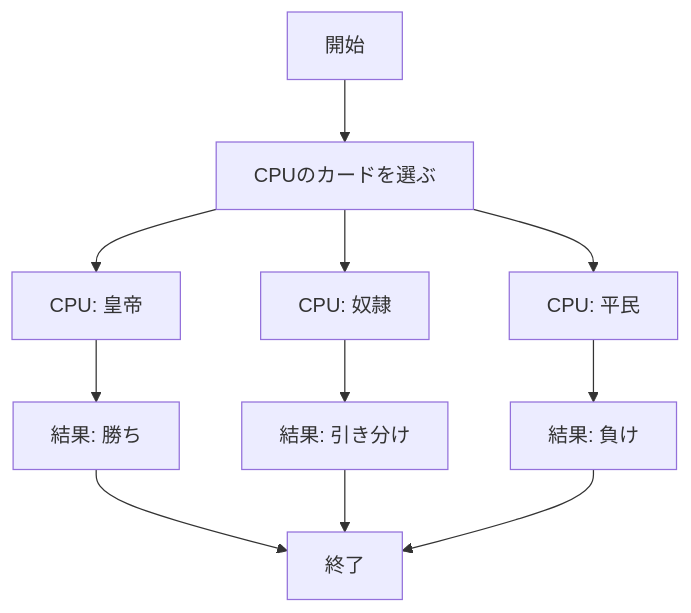
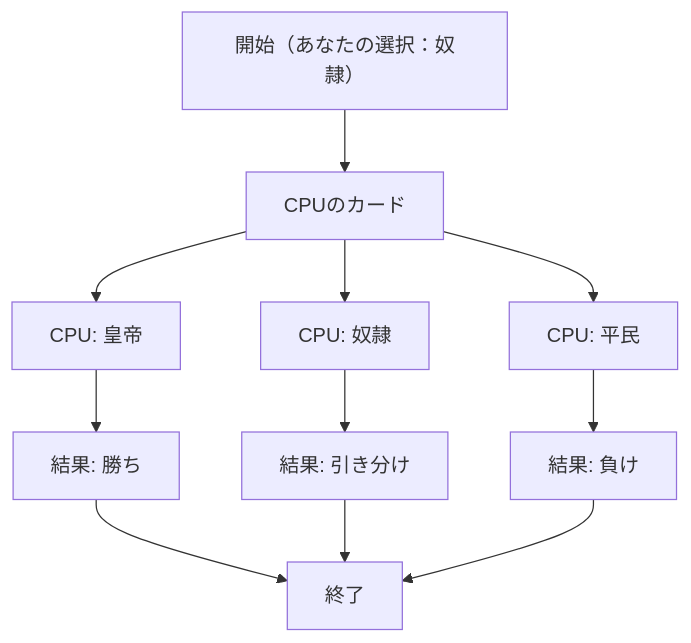
The seventh of 7 diagrams in README.md (Bunnies0722/webpro_06), drawn with Mermaid before and after one commit. The commit also changed other lines of this file, not shown here.

````diff
--- a/README.md
+++ b/README.md
@@ -164,21 +164,21 @@
 ```mermaid
 flowchart TD;
 
-start["開始"];
-cpuChoose["CPUのカードを選ぶ"];
+start["開始（あなたの選択：奴隷）"];
+cpuChoose["CPUのカード"];
 
 cpuEmperor["CPU: 皇帝"];
 cpuSlave["CPU: 奴隷"];
 cpuCommon["CPU: 平民"];
 
 resultWin["結果: 勝ち"];
 resultLose["結果: 負け"];
 resultDraw["結果: 引き分け"];
 endGame["終了"];
 
 start --> cpuChoose;
 
 cpuChoose --> cpuEmperor --> resultWin --> endGame;
 cpuChoose --> cpuSlave --> resultDraw --> endGame;
 cpuChoose --> cpuCommon --> resultLose --> endGame;
 ```
````
